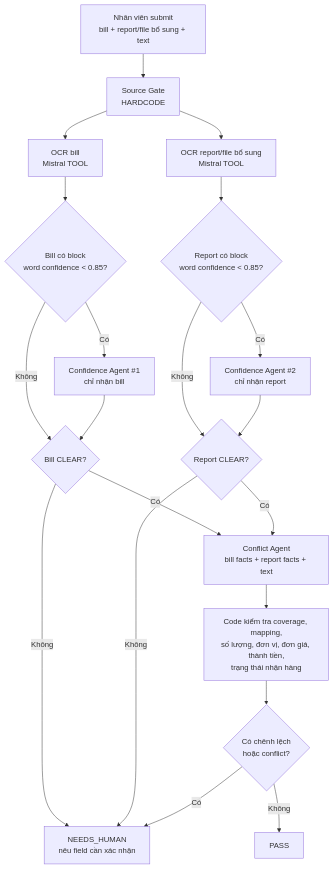
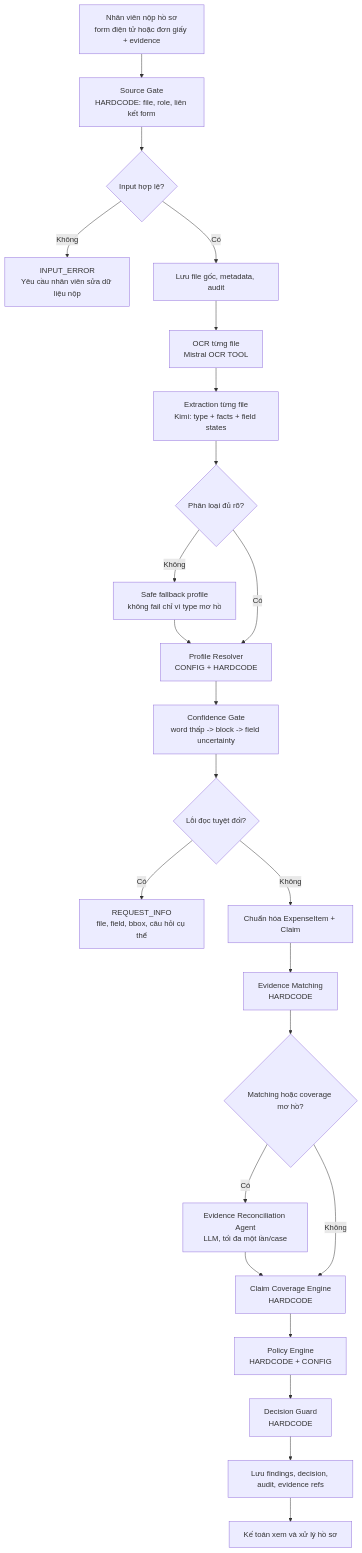
The diagram in docs/AGENT_WORKFLOW.md (Nnguyen-dev2805/InvoiceReferee), drawn with Mermaid before and after one commit. The commit also changed other lines of this file and 20 other files, not shown here.

````diff
--- a/docs/AGENT_WORKFLOW.md
+++ b/docs/AGENT_WORKFLOW.md
@@ -26,33 +72,36 @@
 ```mermaid
 flowchart TD
-    A["Nhân viên submit<br/>bill + report/file bổ sung + text"]
-    B["Source Gate<br/>HARDCODE"]
-    C1["OCR bill<br/>Mistral TOOL"]
-    C2["OCR report/file bổ sung<br/>Mistral TOOL"]
-    D1{"Bill có block<br/>word confidence < 0.85?"}
-    D2{"Report có block<br/>word confidence < 0.85?"}
-    E1["Confidence Agent #1<br/>chỉ nhận bill"]
-    E2["Confidence Agent #2<br/>chỉ nhận report"]
-    F1{"Bill CLEAR?"}
-    F2{"Report CLEAR?"}
-    H["NEEDS_HUMAN<br/>nêu field cần xác nhận"]
-    I["Conflict Agent<br/>bill facts + report facts + text"]
-    J["Code kiểm tra coverage, mapping,<br/>số lượng, đơn vị, đơn giá, thành tiền,<br/>trạng thái nhận hàng"]
-    K{"Có chênh lệch<br/>hoặc conflict?"}
-    L["PASS"]
-
-    A --> B
-    B --> C1 --> D1
-    B --> C2 --> D2
-    D1 -- "Không" --> F1
-    D1 -- "Có" --> E1 --> F1
-    D2 -- "Không" --> F2
-    D2 -- "Có" --> E2 --> F2
-    F1 -- "Không" --> H
-    F2 -- "Không" --> H
-    F1 -- "Có" --> I
-    F2 -- "Có" --> I
+    A["Nhân viên nộp hồ sơ\nform điện tử hoặc đơn giấy + evidence"]
+    B["Source Gate\nHARDCODE: file, role, liên kết form"]
+    C{"Input hợp lệ?"}
+    X1["INPUT_ERROR\nYêu cầu nhân viên sửa dữ liệu nộp"]
+    D["Lưu file gốc, metadata, audit"]
+    E["OCR từng file\nMistral OCR TOOL"]
+    F["Extraction từng file\nKimi: type + facts + field states"]
+    G{"Phân loại đủ rõ?"}
+    H["Safe fallback profile\nkhông fail chỉ vì type mơ hồ"]
+    I["Profile Resolver\nCONFIG + HARDCODE"]
+    J["Confidence Gate\nword thấp -> block -> field uncertainty"]
+    K{"Lỗi đọc tuyệt đối?"}
+    X2["REQUEST_INFO\nfile, field, bbox, câu hỏi cụ thể"]
+    L["Chuẩn hóa ExpenseItem + Claim"]
+    M["Evidence Matching\nHARDCODE"]
+    N{"Matching hoặc coverage mơ hồ?"}
+    O["Evidence Reconciliation Agent\nLLM, tối đa một lần/case"]
+    P["Claim Coverage Engine\nHARDCODE"]
+    Q["Policy Engine\nHARDCODE + CONFIG"]
+    R["Decision Guard\nHARDCODE"]
+    S["Lưu findings, decision, audit, evidence refs"]
+    T["Kế toán xem và xử lý hồ sơ"]
+    A --> B --> C
+    C -- Không --> X1
+    C -- Có --> D --> E --> F --> G
+    G -- Không --> H --> I
+    G -- Có --> I
     I --> J --> K
-    K -- "Có" --> H
-    K -- "Không" --> L
+    K -- Có --> X2
+    K -- Không --> L --> M --> N
+    N -- Có --> O --> P
+    N -- Không --> P
+    P --> Q --> R --> S --> T
 ```
````
